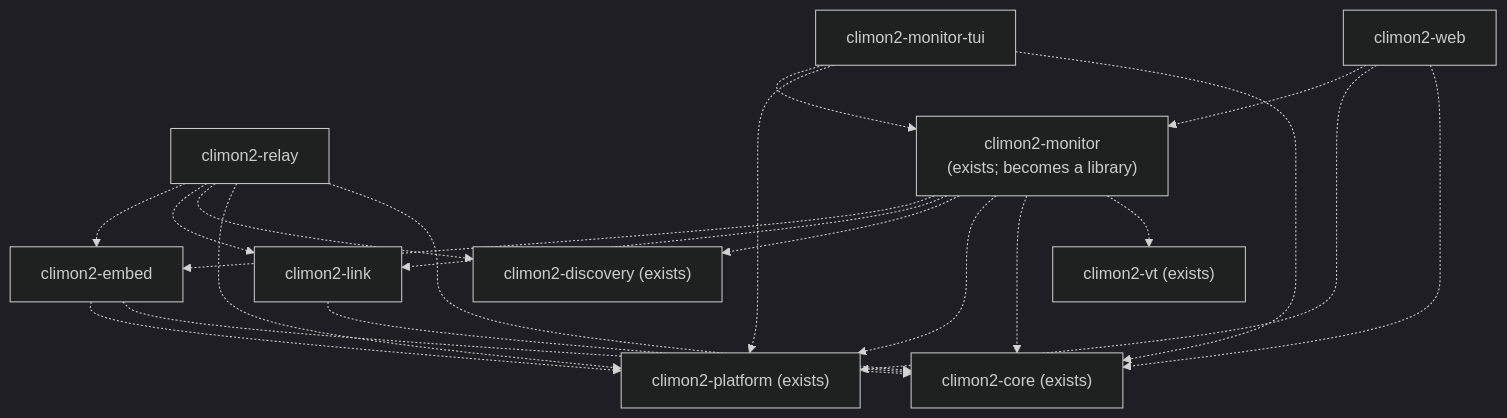
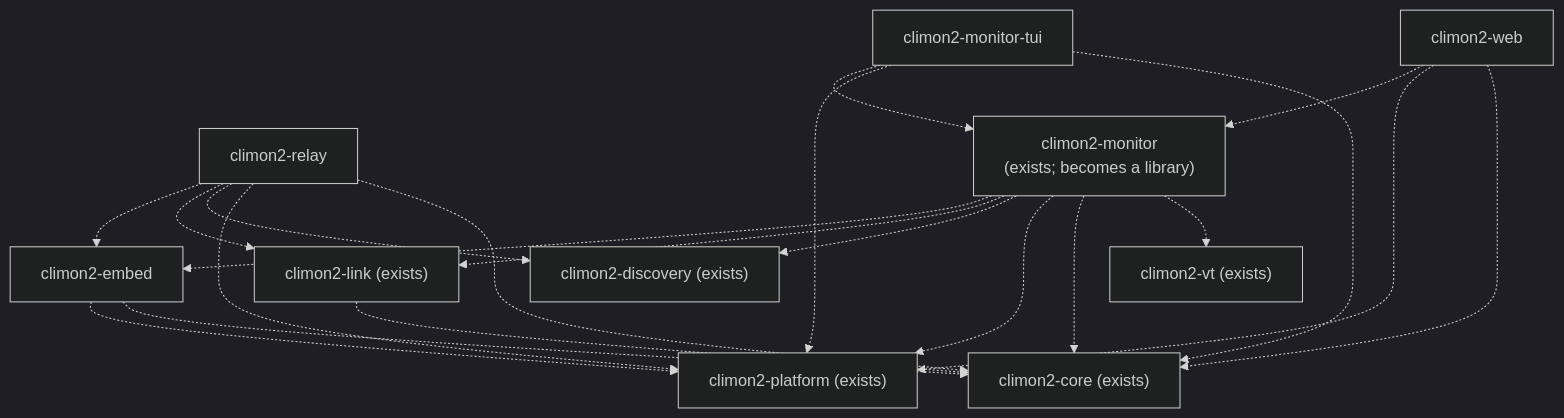
The second of 3 diagrams in docs/for-humans/architecture/crate-relationships.md (jackgeek/climon2), drawn with Mermaid (dark theme) before and after one commit. The commit also changed other lines of this file and 1 other file, not shown here.

First line of the commit message:
Show the link crate in the crate relationships and ADR 0004 (#492)

````diff
--- a/docs/for-humans/architecture/crate-relationships.md
+++ b/docs/for-humans/architecture/crate-relationships.md
@@ -67,34 +70,34 @@
 ```mermaid
 flowchart TB
     tui["climon2-monitor-tui"]
     web["climon2-web"]
     relay["climon2-relay"]
     monitor["climon2-monitor<br/>(exists; becomes a library)"]
     embed["climon2-embed"]
-    link["climon2-link"]
+    link["climon2-link (exists)"]
     discovery["climon2-discovery (exists)"]
     platform["climon2-platform (exists)"]
     core["climon2-core (exists)"]
     vt["climon2-vt (exists)"]
 
     tui -.-> monitor
     tui -.-> platform
     tui -.-> core
     web -.-> monitor
     web -.-> platform
     web -.-> core
     relay -.-> embed
     relay -.-> link
     relay -.-> discovery
     relay -.-> platform
     relay -.-> core
     monitor -.-> embed
     monitor -.-> link
     monitor -.-> discovery
     monitor -.-> platform
     monitor -.-> core
     monitor -.-> vt
     embed -.-> platform
     embed -.-> core
     link -.-> core
 ```
````
